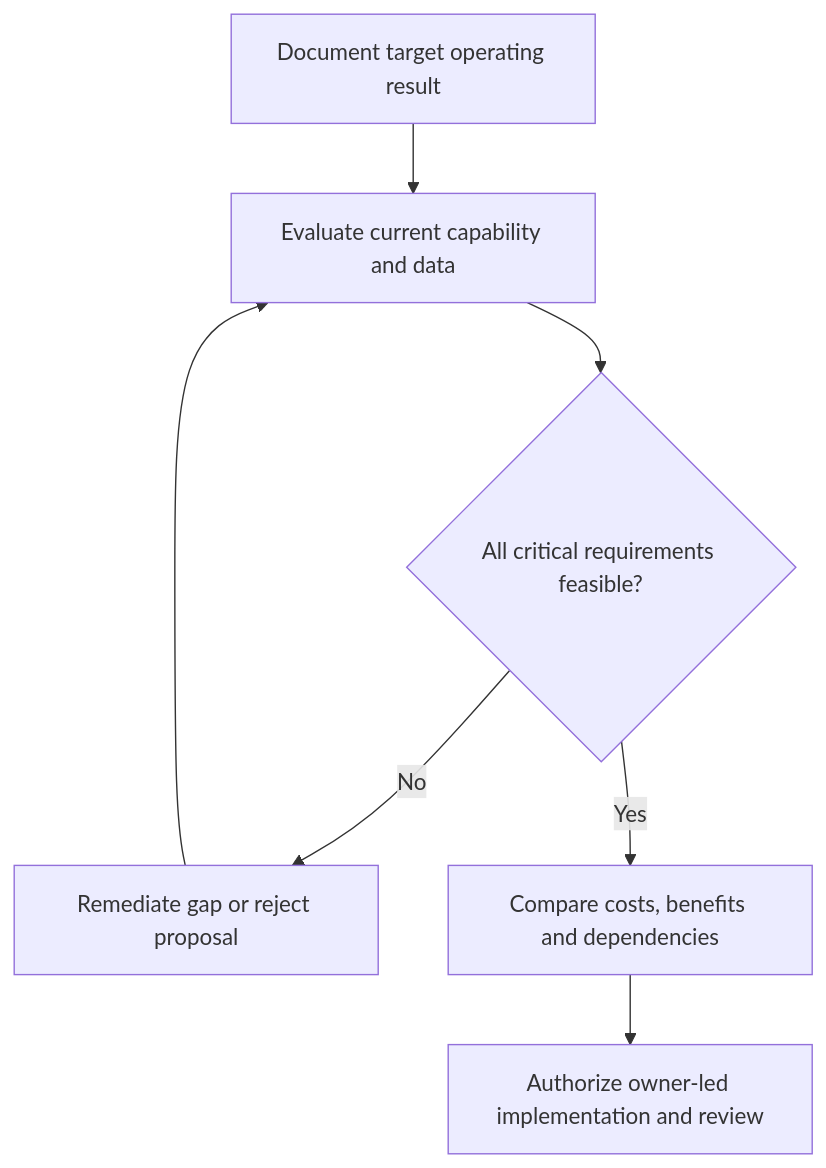
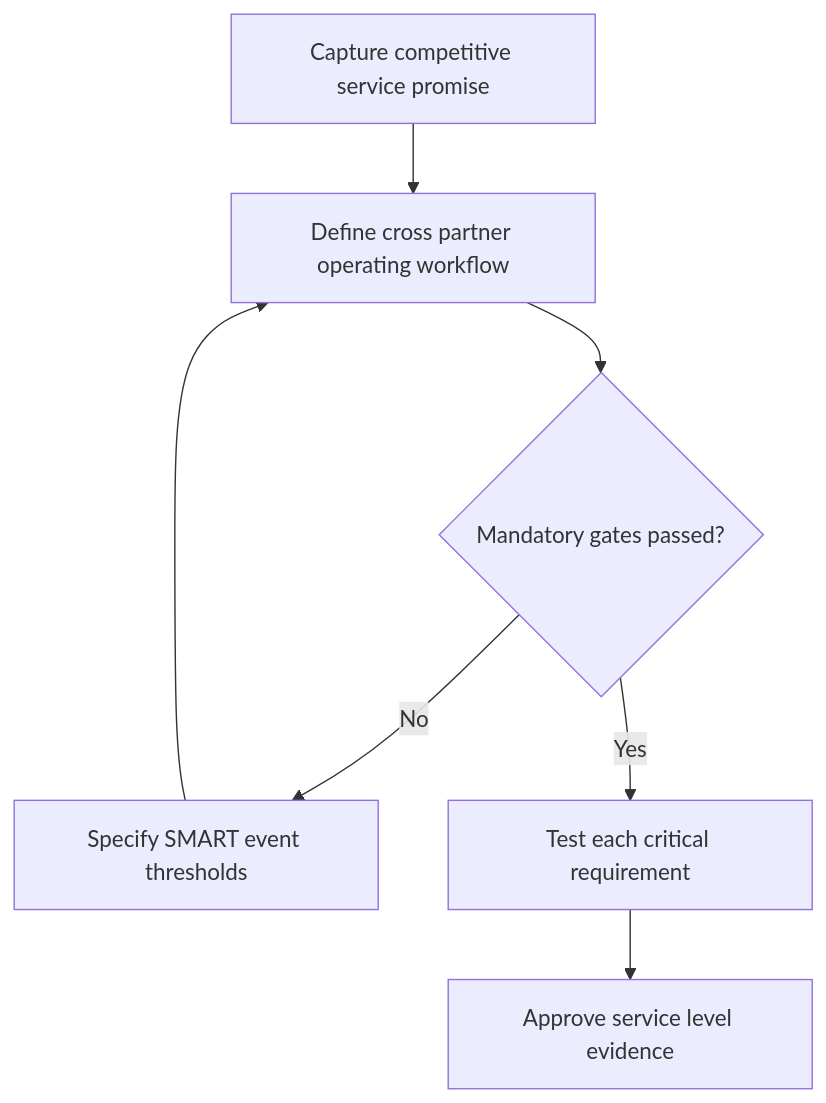
One commit to theleanx/SupplyChain-Design-Notes changed the diagram in 08-optimization-sustainability-technology/section-c-technology-trends/09-strategic-tactical-operational-technology-requirements.md. Above: the diagram before and after it, drawn with Mermaid. The commit also changed other lines of this file and 8 other files, not shown here.

````diff
--- a/08-optimization-sustainability-technology/section-c-technology-trends/09-strategic-tactical-operational-technology-requirements.md
+++ b/08-optimization-sustainability-technology/section-c-technology-trends/09-strategic-tactical-operational-technology-requirements.md
@@ -40,9 +40,9 @@
 ```mermaid
 flowchart TD
-    A[Document target operating result] --> B[Evaluate current capability and data]
-    B --> C{All critical requirements feasible?}
-    C -- No --> D[Remediate gap or reject proposal]
+    A[Capture competitive service promise] --> B[Define cross partner operating workflow]
+    B --> C{Mandatory gates passed?}
+    C -- No --> D[Specify SMART event thresholds]
     D --> B
-    C -- Yes --> E[Compare costs, benefits and dependencies]
-    E --> F[Authorize owner-led implementation and review]
+    C -- Yes --> E[Test each critical requirement]
+    E --> F[Approve service level evidence]
 ```
````
